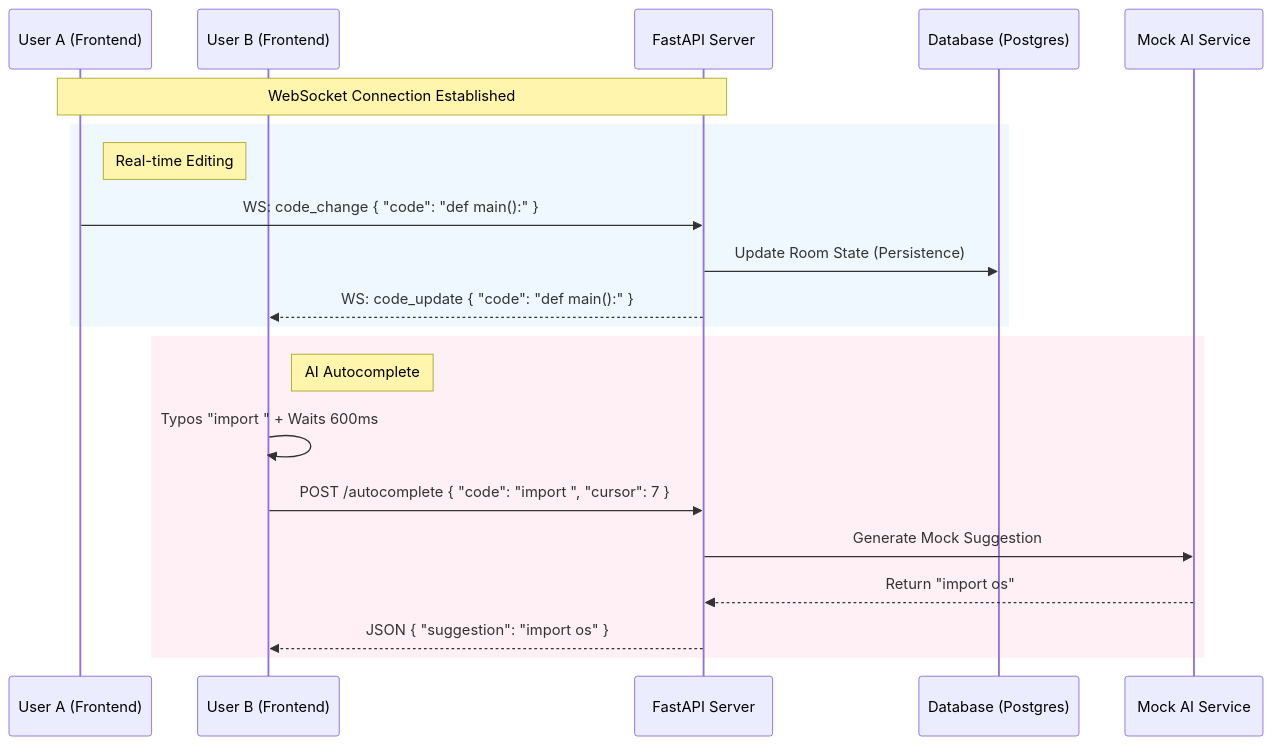
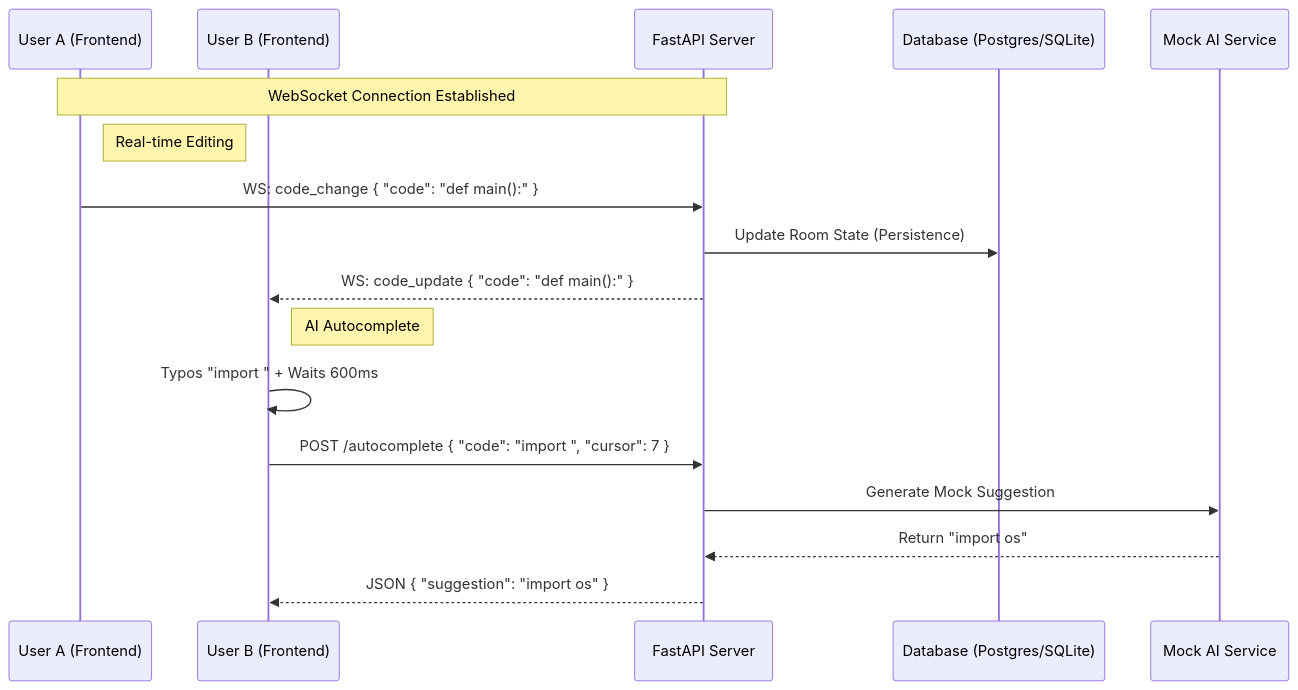
Before and after one commit to binaryash/code-editor: the diagram in README.md, drawn with Mermaid.

Commit message:
update: mermaid diagram

````diff
--- a/README.md
+++ b/README.md
@@ -38,51 +38,24 @@
 ```mermaid 
 sequenceDiagram
-
     participant UserA as User A (Frontend)
-
     participant UserB as User B (Frontend)
-
     participant Server as FastAPI Server
-
-    participant DB as Database (Postgres)
-
+    participant DB as Database (Postgres/SQLite)
     participant AI as Mock AI Service
-
 
     Note over UserA, Server: WebSocket Connection Established
 
-
     %% Real-time Collaboration Flow
-
-    rect rgb(240, 248, 255)
-
-        note right of UserA: Real-time Editing
-
-        UserA->>Server: WS: code_change { "code": "def main():" }
-
-        Server->>DB: Update Room State (Persistence)
-
-        Server-->>UserB: WS: code_update { "code": "def main():" }
-
-    end
-
+    note right of UserA: Real-time Editing
+    UserA->>Server: WS: code_change { "code": "def main():" }
+    Server->>DB: Update Room State (Persistence)
+    Server-->>UserB: WS: code_update { "code": "def main():" }
 
     %% AI Autocomplete Flow
-
-    rect rgb(255, 240, 245)
-
-        note right of UserB: AI Autocomplete
-
-        UserB->>UserB: Typos "import " + Waits 600ms
-
-        UserB->>Server: POST /autocomplete { "code": "import ", "cursor": 7 }
-
-        Server->>AI: Generate Mock Suggestion
-
-        AI-->>Server: Return "import os"
-
-        Server-->>UserB: JSON { "suggestion": "import os" }
-
-    end
-
+    note right of UserB: AI Autocomplete
+    UserB->>UserB: Typos "import " + Waits 600ms
+    UserB->>Server: POST /autocomplete { "code": "import ", "cursor": 7 }
+    Server->>AI: Generate Mock Suggestion
+    AI-->>Server: Return "import os"
+    Server-->>UserB: JSON { "suggestion": "import os" }
 ```
````
